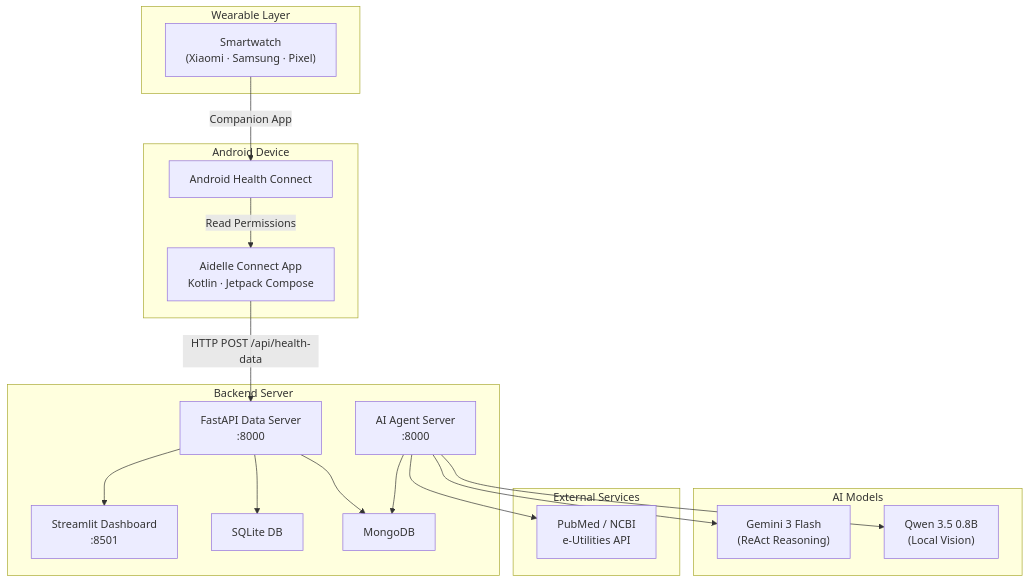
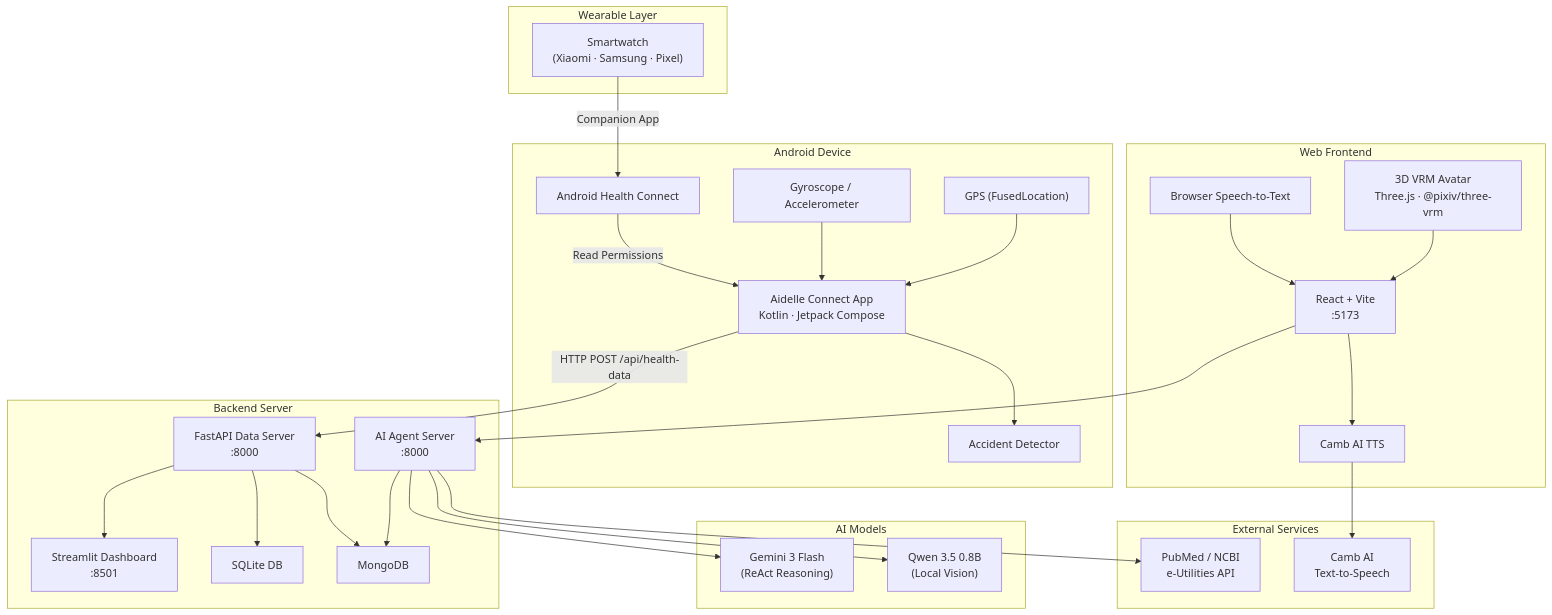
One commit to MokhtarOuardi/Aidelle changed the diagram in README.md. Above: the diagram before and after it, drawn with Mermaid. The commit also changed other lines of this file, not shown here.

Commit message:
Update README with frontend and new sensor features

````diff
--- a/README.md
+++ b/README.md
@@ -11,39 +11,58 @@
 ```mermaid
 graph TD
     subgraph "Wearable Layer"
         W["Smartwatch\n(Xiaomi · Samsung · Pixel)"]
     end
 
     subgraph "Android Device"
         HC["Android Health Connect"]
         APP["Aidelle Connect App\nKotlin · Jetpack Compose"]
+        GYRO["Gyroscope / Accelerometer"]
+        GPS["GPS (FusedLocation)"]
+        ACCIDENT["Accident Detector"]
+    end
+
+    subgraph "Web Frontend"
+        REACT["React + Vite\n:5173"]
+        VRM["3D VRM Avatar\nThree.js · @pixiv/three-vrm"]
+        STT["Browser Speech-to-Text"]
+        TTS["Camb AI TTS"]
     end
 
     subgraph "Backend Server"
         FAST["FastAPI Data Server\n:8000"]
         AGENT["AI Agent Server\n:8000"]
         DASH["Streamlit Dashboard\n:8501"]
         SQLite["SQLite DB"]
         Mongo["MongoDB"]
     end
 
     subgraph "AI Models"
         GEMINI["Gemini 3 Flash\n(ReAct Reasoning)"]
         QWEN["Qwen 3.5 0.8B\n(Local Vision)"]
     end
 
     subgraph "External Services"
         PUBMED["PubMed / NCBI\ne-Utilities API"]
+        CAMB["Camb AI\nText-to-Speech"]
     end
 
     W -->|Companion App| HC
     HC -->|Read Permissions| APP
+    GYRO --> APP
+    GPS --> APP
+    APP --> ACCIDENT
     APP -->|HTTP POST /api/health-data| FAST
     FAST --> SQLite
     FAST --> Mongo
     FAST --> DASH
+    REACT --> AGENT
+    REACT --> TTS
+    STT --> REACT
+    VRM --> REACT
+    TTS --> CAMB
     AGENT --> GEMINI
     AGENT --> QWEN
     AGENT --> PUBMED
     AGENT --> Mongo
 ```
````
